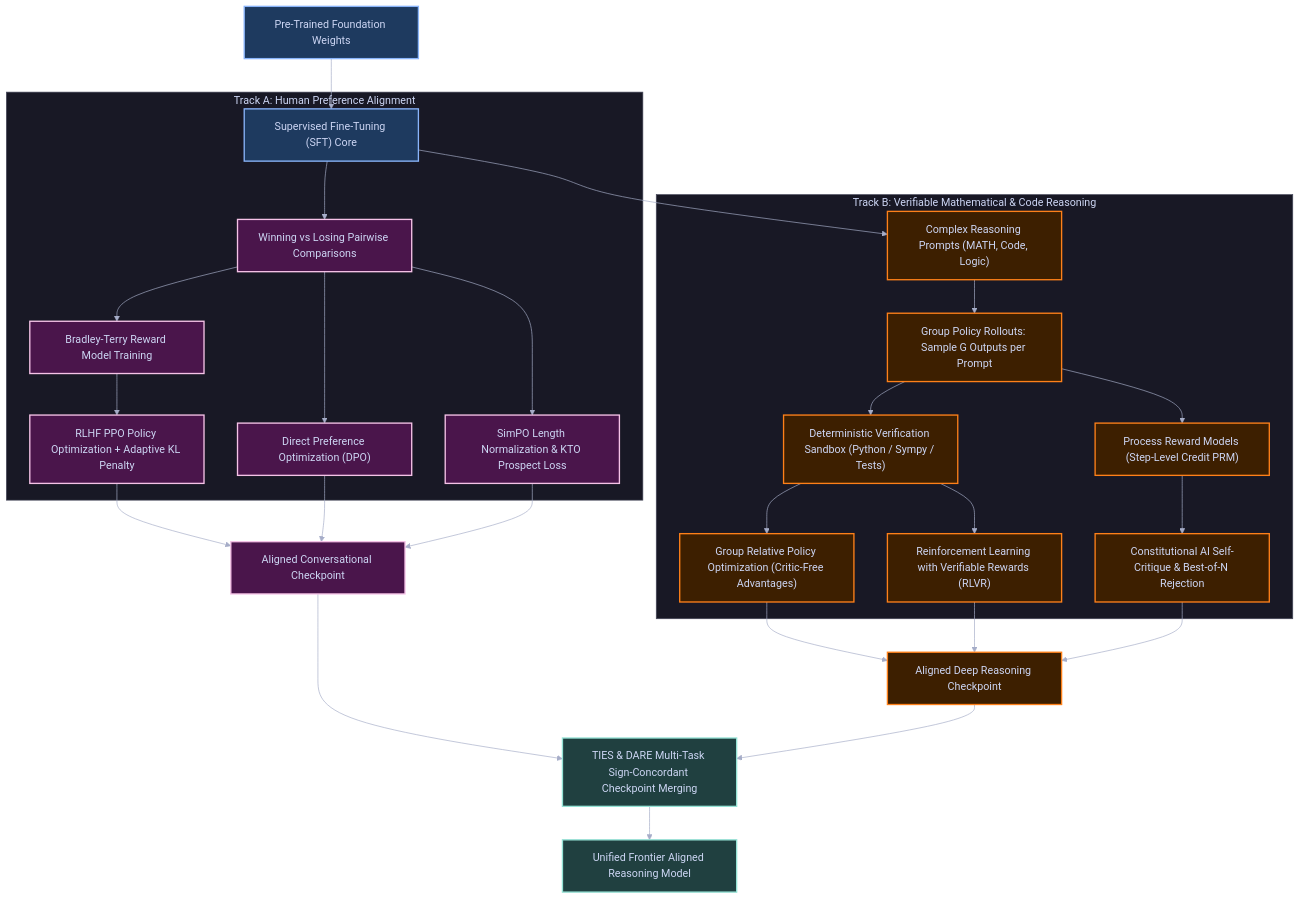
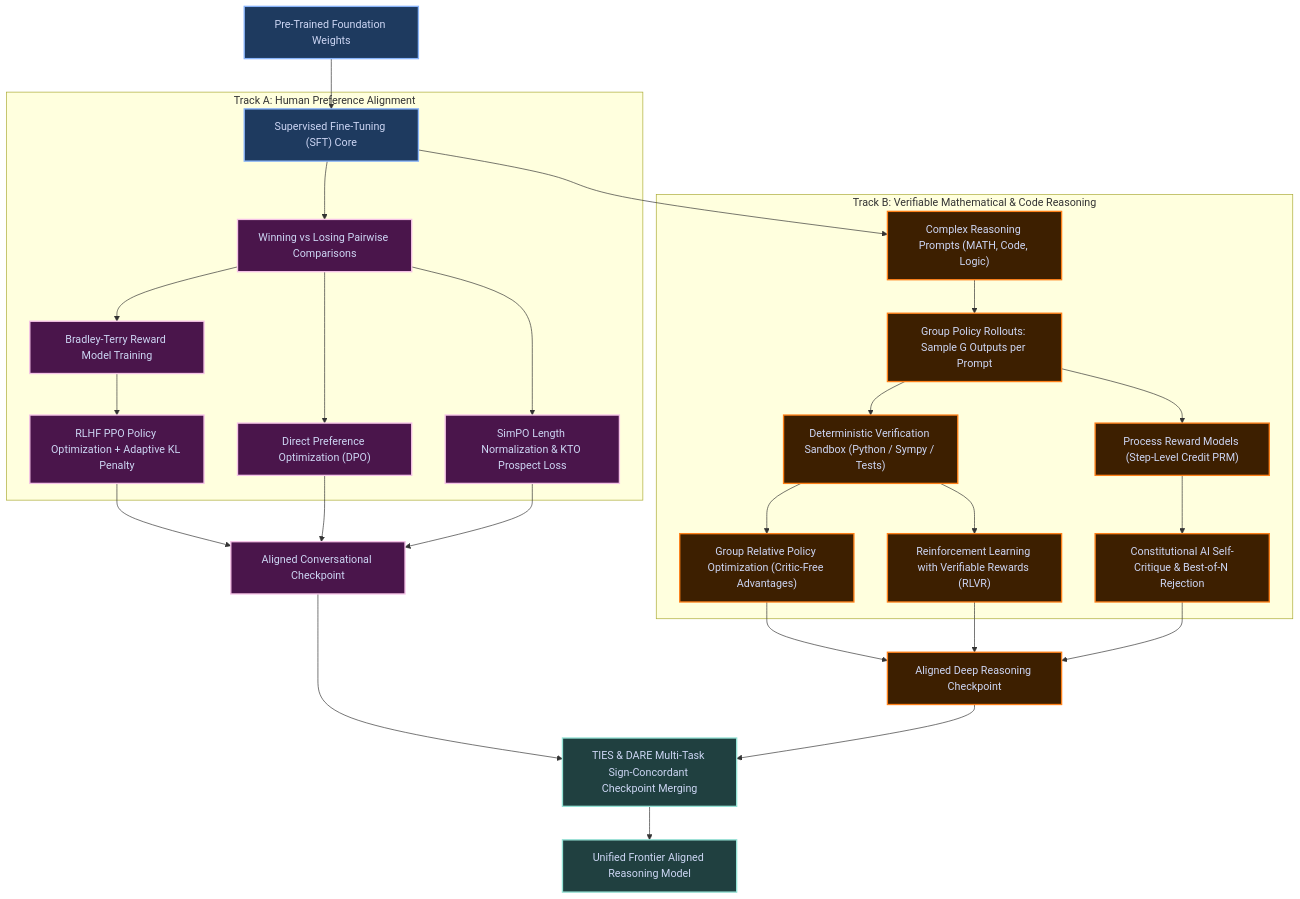
Before and after one commit to Scaibu/policy-orchestrator: the sixth of 16 diagrams in src/features/code_engine/algos/nn/README.md, drawn with Mermaid. The commit also changed other lines of this file, not shown here.

Commit message:
docs(nn): add ER diagram with JSON schemas, strip init directives for github rendering, and generalize component count

````diff
--- a/src/features/code_engine/algos/nn/README.md
+++ b/src/features/code_engine/algos/nn/README.md
@@ -323,34 +318,33 @@
 ```mermaid
-%%{init: {"theme": "base", "themeVariables": {"primaryColor": "#1e1e2e", "primaryTextColor": "#cdd6f4", "primaryBorderColor": "#89b4fa", "lineColor": "#a6adc8", "secondaryColor": "#181825", "tertiaryColor": "#11111b", "background": "#1e1e2e", "mainBkg": "#1e1e2e", "nodeBorder": "#89b4fa", "clusterBkg": "#181825", "clusterBorder": "#45475a", "titleColor": "#cdd6f4", "edgeLabelBackground": "#313244", "fontFamily": "ui-monospace, monospace"}}}%%
 flowchart TD
     classDef base fill:#1e3a5f,stroke:#89b4fa,stroke-width:2px,color:#cdd6f4;
     classDef pref fill:#4a154b,stroke:#f5c2e7,stroke-width:2px,color:#cdd6f4;
     classDef reason fill:#3d1f00,stroke:#fe8019,stroke-width:2px,color:#cdd6f4;
     classDef merge fill:#204040,stroke:#94e2d5,stroke-width:2px,color:#cdd6f4;
 
     PretrainedBase["Pre-Trained Foundation Weights"]:::base --> SFT["Supervised Fine-Tuning (SFT) Core"]:::base
 
     subgraph PreferenceTrack ["Track A: Human Preference Alignment"]
         SFT --> PairData["Winning vs Losing Pairwise Comparisons"]:::pref
         PairData --> BT_Model["Bradley-Terry Reward Model Training"]:::pref
         BT_Model --> RLHF_PPO["RLHF PPO Policy Optimization + Adaptive KL Penalty"]:::pref
         PairData --> DPO_Algo["Direct Preference Optimization (DPO)"]:::pref
         PairData --> SimPO_KTO["SimPO Length Normalization & KTO Prospect Loss"]:::pref
     end
 
     subgraph ReasoningTrack ["Track B: Verifiable Mathematical & Code Reasoning"]
         SFT --> MathPrompts["Complex Reasoning Prompts (MATH, Code, Logic)"]:::reason
         MathPrompts --> RolloutSampler["Group Policy Rollouts: Sample G Outputs per Prompt"]:::reason
         RolloutSampler --> SandboxEnv["Deterministic Verification Sandbox (Python / Sympy / Tests)"]:::reason
         SandboxEnv --> GRPO_Algo["Group Relative Policy Optimization (Critic-Free Advantages)"]:::reason
         SandboxEnv --> RLVR_Algo["Reinforcement Learning with Verifiable Rewards (RLVR)"]:::reason
         RolloutSampler --> PRM_Model["Process Reward Models (Step-Level Credit PRM)"]:::reason
         PRM_Model --> ConstitutionalAI["Constitutional AI Self-Critique & Best-of-N Rejection"]:::reason
     end
 
     RLHF_PPO & DPO_Algo & SimPO_KTO --> PrefCheckpoint["Aligned Conversational Checkpoint"]:::pref
     GRPO_Algo & RLVR_Algo & ConstitutionalAI --> ReasonCheckpoint["Aligned Deep Reasoning Checkpoint"]:::reason
 
     PrefCheckpoint & ReasonCheckpoint --> MergeEngine["TIES & DARE Multi-Task Sign-Concordant Checkpoint Merging"]:::merge
     MergeEngine --> UnifiedFrontier["Unified Frontier Aligned Reasoning Model"]:::merge
 ```
````
